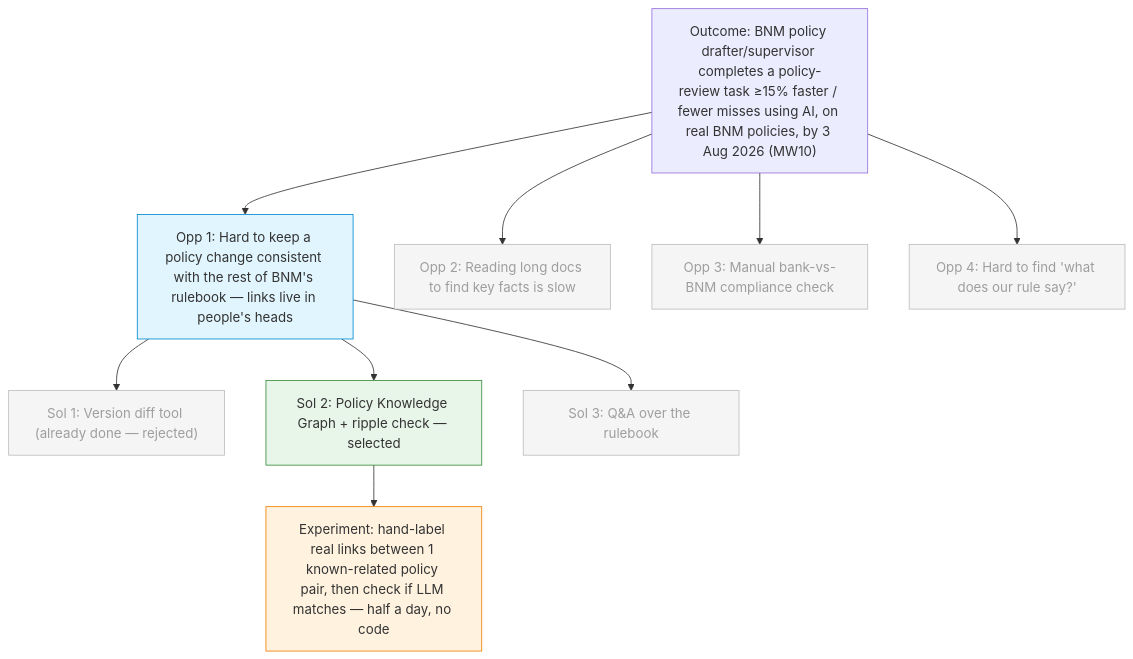
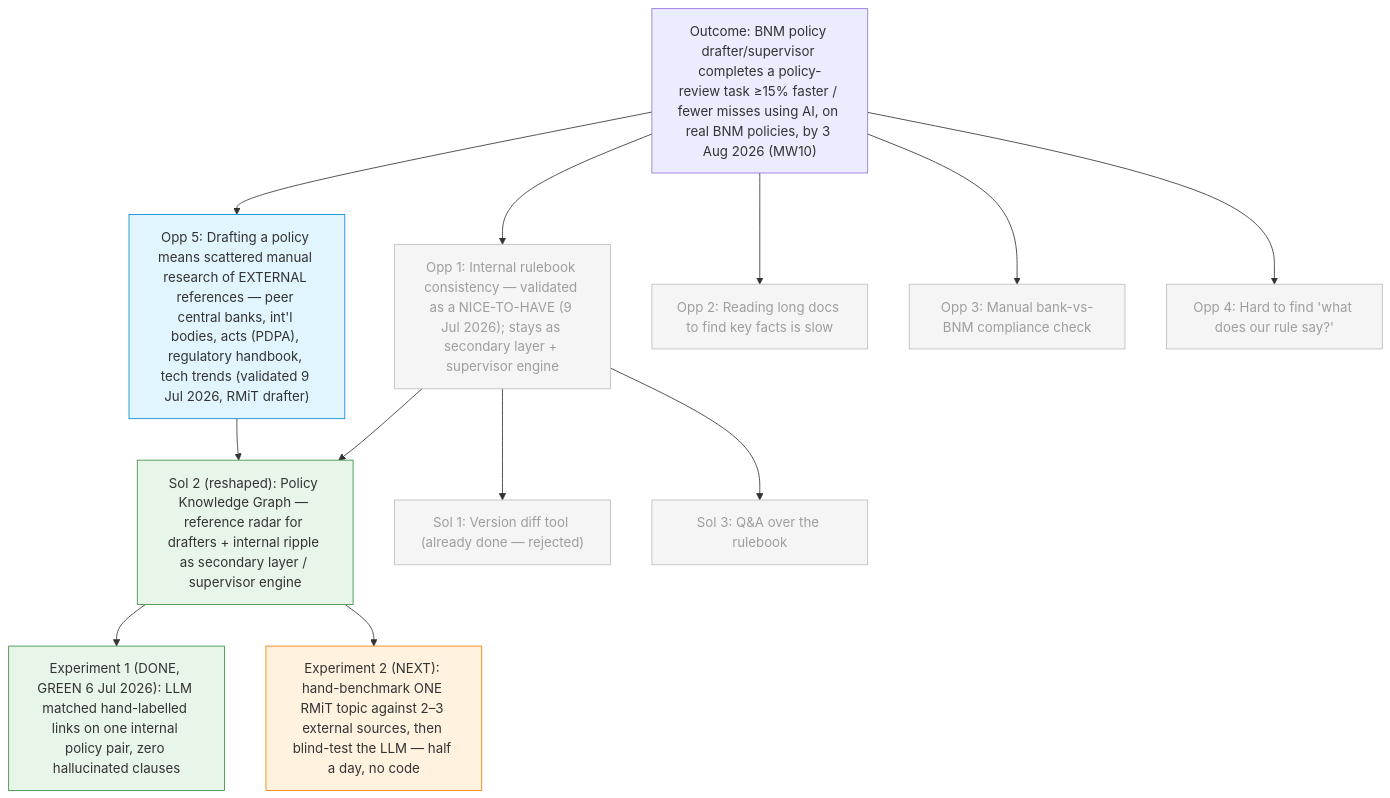
One commit to dzaffren/copa-hackathon changed the diagram in docs/discovery/policy-consistency-ai/brief.md. Above: the diagram before and after it, drawn with Mermaid. The commit also changed other lines of this file and 12 other files, not shown here.

First line of the commit message:
docs(rulebook-radar): re-issue drafter specs for the single-draft pivot

````diff
--- a/docs/discovery/policy-consistency-ai/brief.md
+++ b/docs/discovery/policy-consistency-ai/brief.md
@@ -71,20 +111,25 @@
 ```mermaid
 flowchart TD
     O["Outcome: BNM policy drafter/supervisor completes a policy-review task ≥15% faster / fewer misses using AI, on real BNM policies, by 3 Aug 2026 (MW10)"]
-    O --> OP1["Opp 1: Hard to keep a policy change consistent with the rest of BNM's rulebook — links live in people's heads"]
+    O --> OP5["Opp 5: Drafting a policy means scattered manual research of EXTERNAL references — peer central banks, int'l bodies, acts (PDPA), regulatory handbook, tech trends (validated 9 Jul 2026, RMiT drafter)"]
+    O --> OP1["Opp 1: Internal rulebook consistency — validated as a NICE-TO-HAVE (9 Jul 2026); stays as secondary layer + supervisor engine"]
     O --> OP2["Opp 2: Reading long docs to find key facts is slow"]
     O --> OP3["Opp 3: Manual bank-vs-BNM compliance check"]
     O --> OP4["Opp 4: Hard to find 'what does our rule say?'"]
+    OP5 --> S2["Sol 2 (reshaped): Policy Knowledge Graph — reference radar for drafters + internal ripple as secondary layer / supervisor engine"]
     OP1 --> S1["Sol 1: Version diff tool (already done — rejected)"]
-    OP1 --> S2["Sol 2: Policy Knowledge Graph + ripple check — selected"]
+    OP1 --> S2
     OP1 --> S3["Sol 3: Q&A over the rulebook"]
-    S2 --> E1["Experiment: hand-label real links between 1 known-related policy pair, then check if LLM matches — half a day, no code"]
-    style OP1 fill:#e1f5fe,stroke:#0288d1
+    S2 --> E1["Experiment 1 (DONE, GREEN 6 Jul 2026): LLM matched hand-labelled links on one internal policy pair, zero hallucinated clauses"]
+    S2 --> E2["Experiment 2 (NEXT): hand-benchmark ONE RMiT topic against 2–3 external sources, then blind-test the LLM — half a day, no code"]
+    style OP5 fill:#e1f5fe,stroke:#0288d1
     style S2 fill:#e8f5e9,stroke:#388e3c
-    style E1 fill:#fff3e0,stroke:#f57c00
+    style E2 fill:#fff3e0,stroke:#f57c00
+    style E1 fill:#e8f5e9,stroke:#388e3c
+    style OP1 fill:#f5f5f5,stroke:#bdbdbd,color:#9e9e9e
     style OP2 fill:#f5f5f5,stroke:#bdbdbd,color:#9e9e9e
     style OP3 fill:#f5f5f5,stroke:#bdbdbd,color:#9e9e9e
     style OP4 fill:#f5f5f5,stroke:#bdbdbd,color:#9e9e9e
     style S1 fill:#f5f5f5,stroke:#bdbdbd,color:#9e9e9e
     style S3 fill:#f5f5f5,stroke:#bdbdbd,color:#9e9e9e
 ```
````
